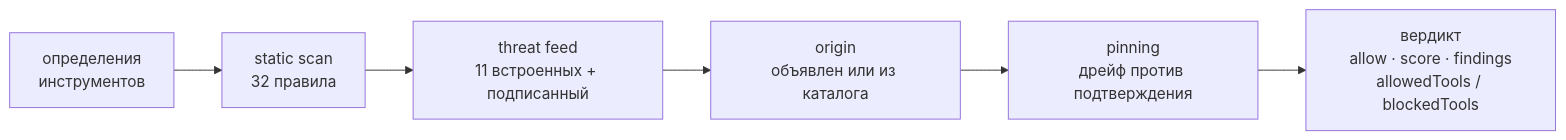
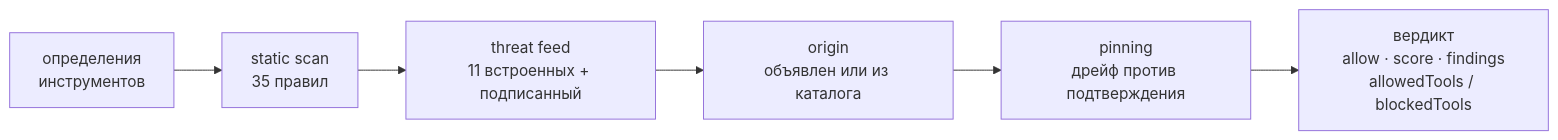
Before and after one commit to alexar76/warden: the diagram in README-ru.md, drawn with Mermaid. The commit also changed other lines of this file and 52 other files, not shown here.

````diff
--- a/README-ru.md
+++ b/README-ru.md
@@ -196,8 +196,8 @@
 ```mermaid
 flowchart LR
-  T["определения<br/>инструментов"] --> S["static scan<br/>32 правила"]
+  T["определения<br/>инструментов"] --> S["static scan<br/>35 правил"]
   S --> F["threat feed<br/>11 встроенных + подписанный"]
   F --> O["origin<br/>объявлен или из каталога"]
   O --> P["pinning<br/>дрейф против подтверждения"]
   P --> V["вердикт<br/>allow · score · findings<br/>allowedTools / blockedTools"]
 ```
````
